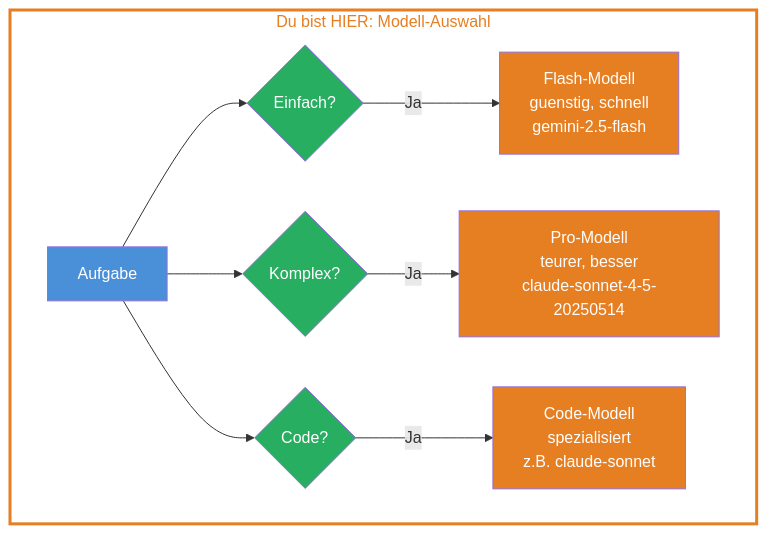
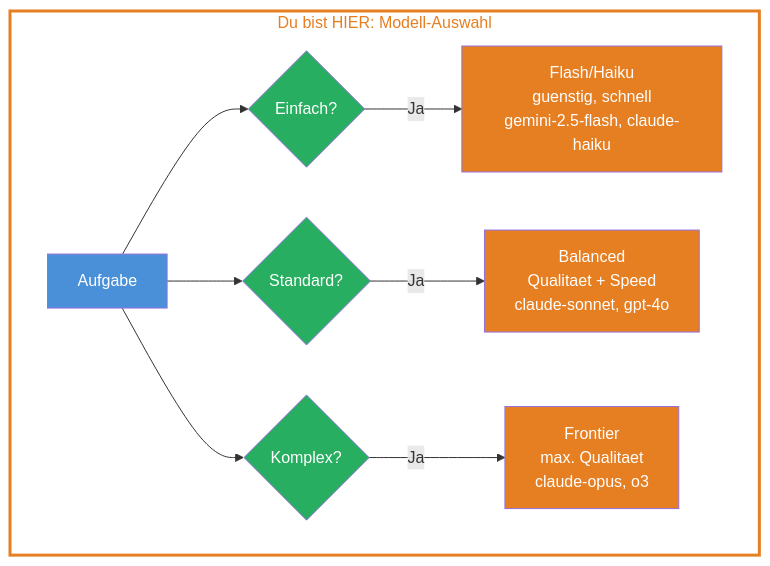
Before and after one commit to janrummel/level-up-ai: the first of 2 diagrams in src/content/docs/de/level-1-ai-sdk-basics/03-choosing-your-model.mdx, drawn with Mermaid. The commit also changed other lines of this file and 53 other files, not shown here.

````diff
--- a/src/content/docs/de/level-1-ai-sdk-basics/03-choosing-your-model.mdx
+++ b/src/content/docs/de/level-1-ai-sdk-basics/03-choosing-your-model.mdx
@@ -14,19 +14,19 @@
 ```mermaid
 graph TD
   subgraph HIER["Du bist HIER: Modell-Auswahl"]
     Aufgabe["Aufgabe"] --> Einfach{"Einfach?"}
+    Aufgabe --> Standard{"Standard?"}
     Aufgabe --> Komplex{"Komplex?"}
-    Aufgabe --> Code{"Code?"}
-    Einfach -->|Ja| Flash["Flash-Modell<br/>guenstig, schnell<br/>gemini-2.5-flash"]
-    Komplex -->|Ja| Pro["Pro-Modell<br/>teurer, besser<br/>claude-sonnet-4-5-20250514"]
-    Code -->|Ja| CodeModel["Code-Modell<br/>spezialisiert<br/>z.B. claude-sonnet"]
+    Einfach -->|Ja| Flash["Flash/Haiku<br/>guenstig, schnell<br/>gemini-2.5-flash, claude-haiku"]
+    Standard -->|Ja| Mid["Balanced<br/>Qualitaet + Speed<br/>claude-sonnet, gpt-4o"]
+    Komplex -->|Ja| Top["Frontier<br/>max. Qualitaet<br/>claude-opus, o3"]
   end
   style HIER fill:none,stroke:#E67E22,stroke-width:3px,color:#E67E22
   style Aufgabe fill:#4A90D9,color:#fff
   style Einfach fill:#27AE60,color:#fff
+  style Standard fill:#27AE60,color:#fff
   style Komplex fill:#27AE60,color:#fff
-  style Code fill:#27AE60,color:#fff
   style Flash fill:#E67E22,color:#fff
-  style Pro fill:#E67E22,color:#fff
-  style CodeModel fill:#E67E22,color:#fff
+  style Mid fill:#E67E22,color:#fff
+  style Top fill:#E67E22,color:#fff
 ```
````
